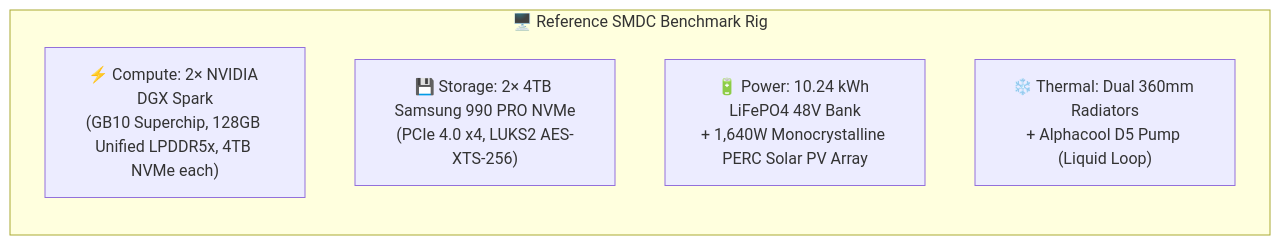
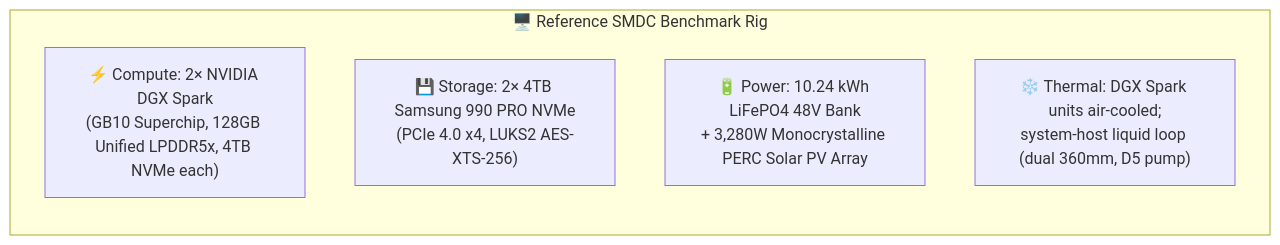
The first of 4 diagrams in BENCHMARKS.md (iliachry/sovereign-mini-datacenter), drawn with Mermaid before and after one commit. The commit also changed other lines of this file and 21 other files, not shown here.

````diff
--- a/BENCHMARKS.md
+++ b/BENCHMARKS.md
@@ -14,9 +14,9 @@
 ```mermaid
 flowchart LR
     subgraph Rig["🖥️ Reference SMDC Benchmark Rig"]
         C["⚡ Compute: 2× NVIDIA DGX Spark<br/>(GB10 Superchip, 128GB Unified LPDDR5x, 4TB NVMe each)"]
         S["💾 Storage: 2× 4TB Samsung 990 PRO NVMe<br/>(PCIe 4.0 x4, LUKS2 AES-XTS-256)"]
-        P["🔋 Power: 10.24 kWh LiFePO4 48V Bank<br/>+ 1,640W Monocrystalline PERC Solar PV Array"]
-        T["❄️ Thermal: Dual 360mm Radiators<br/>+ Alphacool D5 Pump (Liquid Loop)"]
+        P["🔋 Power: 10.24 kWh LiFePO4 48V Bank<br/>+ 3,280W Monocrystalline PERC Solar PV Array"]
+        T["❄️ Thermal: DGX Spark units air-cooled;<br/>system-host liquid loop (dual 360mm, D5 pump)"]
     end
 ```
````
